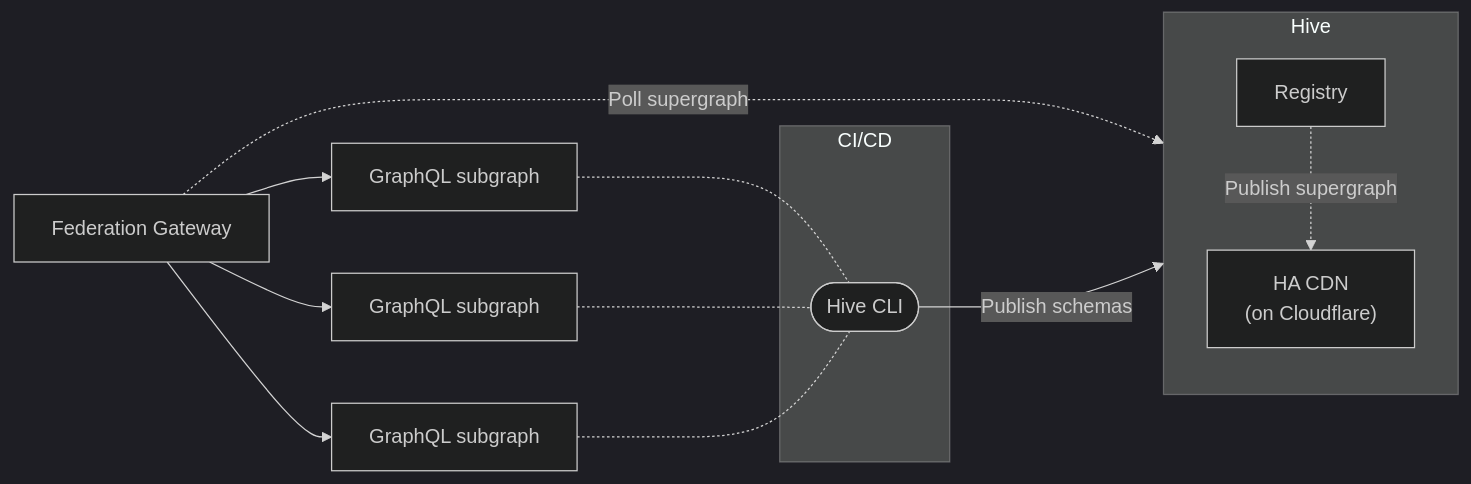
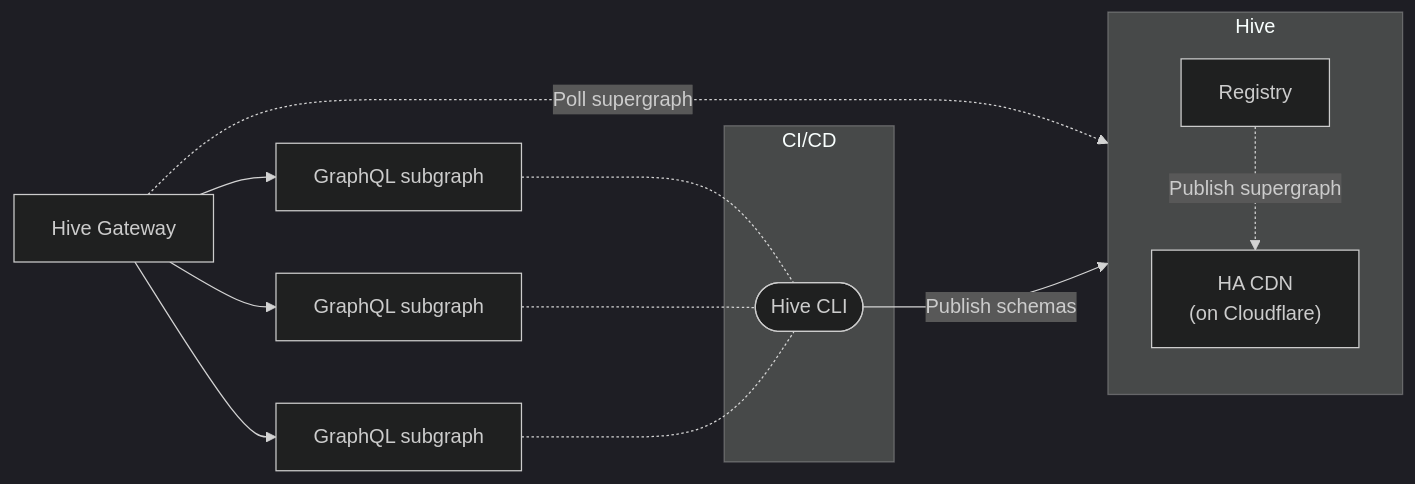
One commit to kamilkisiela/graphql-hive changed the diagram in packages/web/docs/src/pages/docs/get-started/apollo-federation.mdx. Above: the diagram before and after it, drawn with Mermaid (dark theme). The commit also changed other lines of this file and 161 other files, not shown here.

Commit message:
docs: hive gateway documentation and reorganize documentation (#5291)

````diff
--- a/packages/web/docs/src/pages/docs/get-started/apollo-federation.mdx
+++ b/packages/web/docs/src/pages/docs/get-started/apollo-federation.mdx
@@ -459,20 +604,20 @@
 ```mermaid
 
 flowchart LR
-    A["Federation Gateway"] -. Poll supergraph .-> C
+    A["Hive Gateway"] -. Poll supergraph .-> C
     subgraph hive [Hive]
       direction TB
       B[Registry] -. Publish supergraph .-> C["HA CDN
         (on Cloudflare)"]
     end
     A --> X1[GraphQL subgraph]
     A --> X2[GraphQL subgraph]
     A --> X3[GraphQL subgraph]
     X1 -.- D([Hive CLI])
     X2 -.- D
     X3 -.- D
     subgraph ci [CI/CD]
       D -- Publish schemas --> B
     end
 
 ```
````
